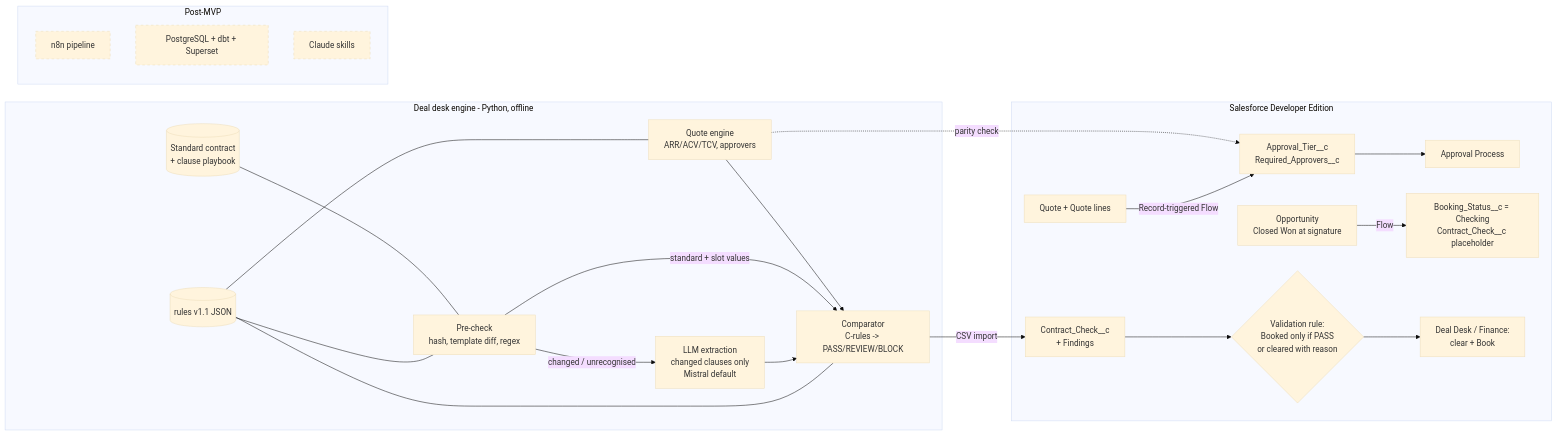
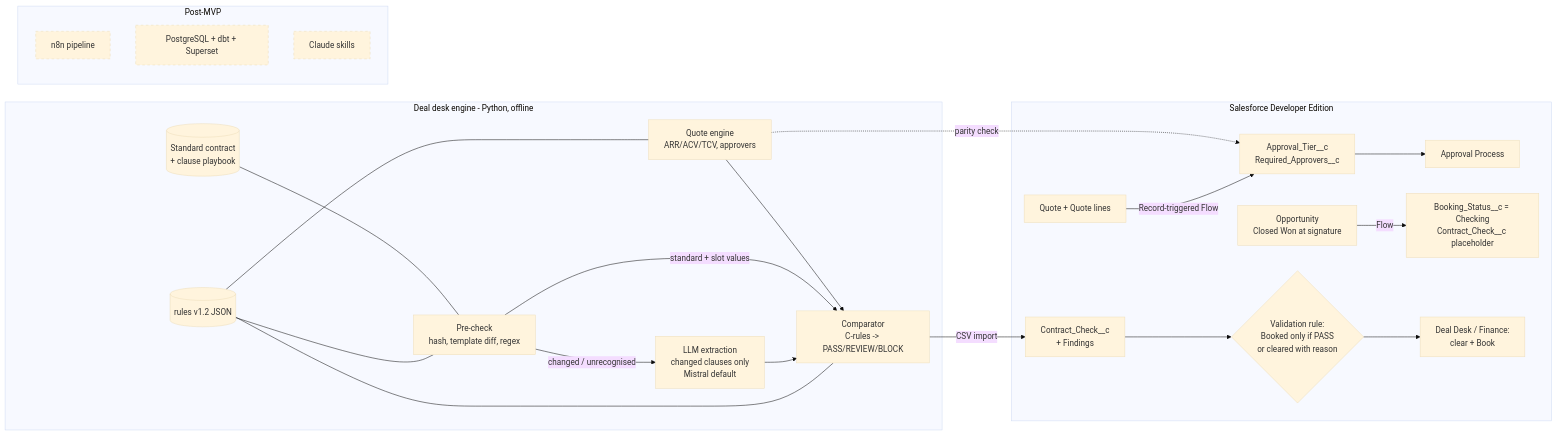
Before and after one commit to raduteodoriu-stack/deal-desk-check: the diagram in docs/cards/06_architecture.md, drawn with Mermaid (base theme). The commit also changed 14 other files, not shown here.

````diff
--- a/docs/cards/06_architecture.md
+++ b/docs/cards/06_architecture.md
@@ -6,32 +6,32 @@
 ```mermaid
 flowchart LR
   subgraph SF[Salesforce Developer Edition]
     Q[Quote + Quote lines] -->|Record-triggered Flow| T[Approval_Tier__c<br/>Required_Approvers__c]
     T --> AP[Approval Process]
     OPP[Opportunity<br/>Closed Won at signature] -->|Flow| BS[Booking_Status__c = Checking<br/>Contract_Check__c placeholder]
     CC[Contract_Check__c<br/>+ Findings]
     G{Validation rule:<br/>Booked only if PASS<br/>or cleared with reason}
     BK[Deal Desk / Finance:<br/>clear + Book]
   end
   subgraph ENG[Deal desk engine - Python, offline]
-    R[(rules v1.1 JSON)]
+    R[(rules v1.2 JSON)]
     QE[Quote engine<br/>ARR/ACV/TCV, approvers]
     PC[Pre-check<br/>hash, template diff, regex]
     EX[LLM extraction<br/>changed clauses only<br/>Mistral default]
     CMP[Comparator<br/>C-rules -> PASS/REVIEW/BLOCK]
     PB[(Standard contract<br/>+ clause playbook)]
   end
   R --- QE & PC & CMP
   PB --- PC
   PC -->|changed / unrecognised| EX --> CMP
   PC -->|standard + slot values| CMP
   QE --> CMP
   CMP -->|CSV import| CC --> G --> BK
   QE -.->|parity check| T
   subgraph LATER[Post-MVP]
     N8N[n8n pipeline]:::later
     AN[PostgreSQL + dbt + Superset]:::later
     SK[Claude skills]:::later
   end
   classDef later stroke-dasharray: 5 5
 ```
````
